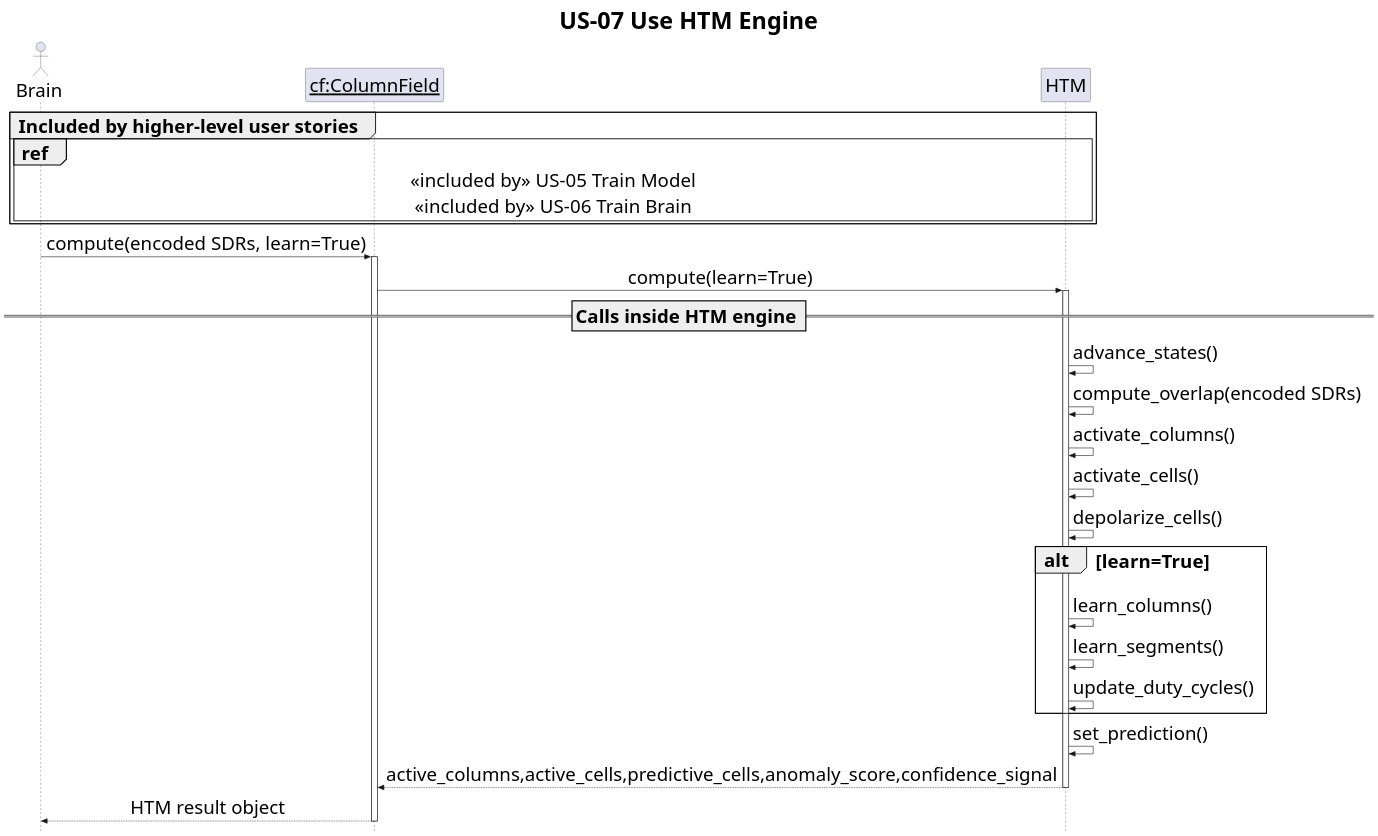
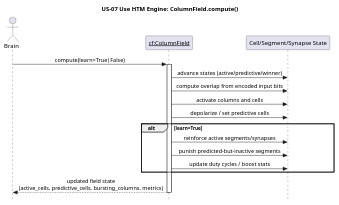
The diagram in docs/puml/US/us-07.puml (egrembocki/htmrl), drawn with PlantUML before and after one commit. The commit also changed 10 other files, not shown here.

Commit message:
Update US sequence diagrams to match current runtime code paths

```diff
--- a/docs/puml/US/us-07.puml
+++ b/docs/puml/US/us-07.puml
@@ -1,48 +1,27 @@
 @startuml
-scale 2000 width
-scale 2000 height
-skinparam TitleFontSize 40
-skinparam ObjectFontSize 30
-skinparam DefaultFontSize 32
 skinparam style strictuml
 skinparam sequenceMessageAlign center
 skinparam responseMessageBelowArrow true
-title US-07 Use HTM Engine
+
+title US-07 Use HTM Engine: ColumnField.compute()
 
 actor "Brain" as B
 participant "<u>cf:ColumnField</u>" as CF
-participant "HTM" as H
+participant "Cell/Segment/Synapse State" as H
 
-group Included by higher-level user stories
-  ref over B,H
-    <<included by>> US-05 Train Model
-    <<included by>> US-06 Train Brain
-  end ref
+B -> CF: compute(learn=True|False)
+activate CF
+CF -> H: advance states (active/predictive/winner)
+CF -> H: compute overlap from encoded input bits
+CF -> H: activate columns and cells
+CF -> H: depolarize / set predictive cells
+
+alt learn=True
+  CF -> H: reinforce active segments/synapses
+  CF -> H: punish predicted-but-inactive segments
+  CF -> H: update duty cycles / boost stats
 end
 
-B -> CF: compute(encoded SDRs, learn=True)
-activate CF
-CF -> H: compute(learn=True)
-activate H
-
-== Calls inside HTM engine ==
-H -> H: advance_states()
-H -> H: compute_overlap(encoded SDRs)
-H -> H: activate_columns()
-H -> H: activate_cells()
-H -> H: depolarize_cells()
-
-alt learn=True
-  H -> H: learn_columns()
-  H -> H: learn_segments()
-  H -> H: update_duty_cycles()
-end
-
-H -> H: set_prediction()
-
-H --> CF: active_columns,active_cells,predictive_cells,anomaly_score,confidence_signal
-deactivate H
-CF --> B: HTM result object
-
+CF --> B: updated field state\n(active_cells, predictive_cells, bursting_columns, metrics)
 deactivate CF
 @enduml
```
